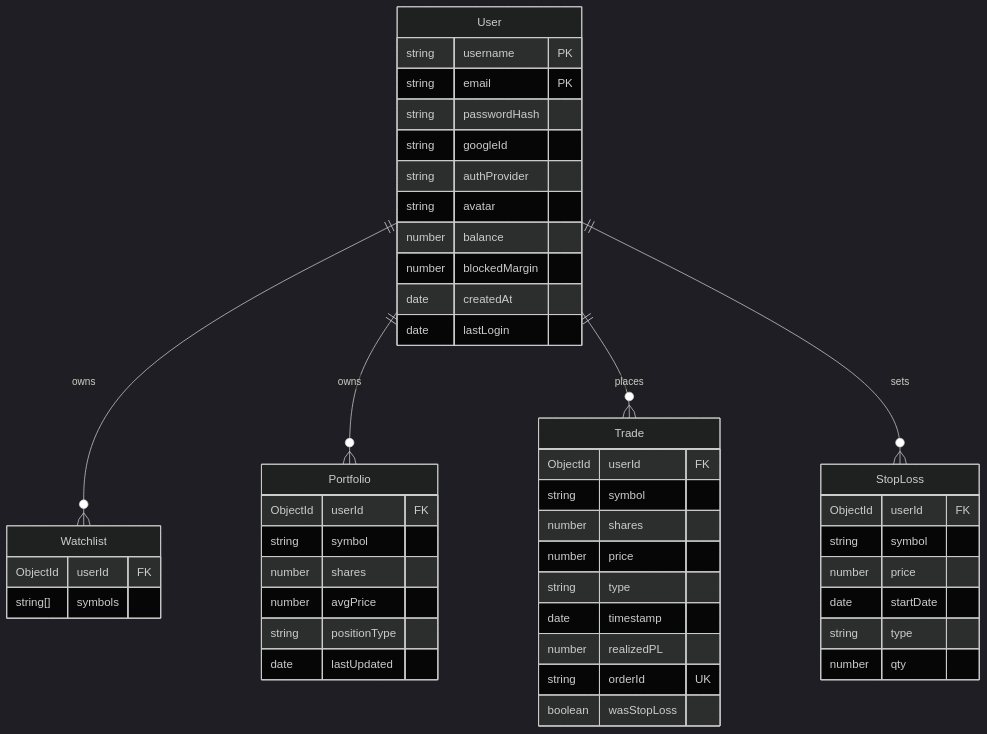
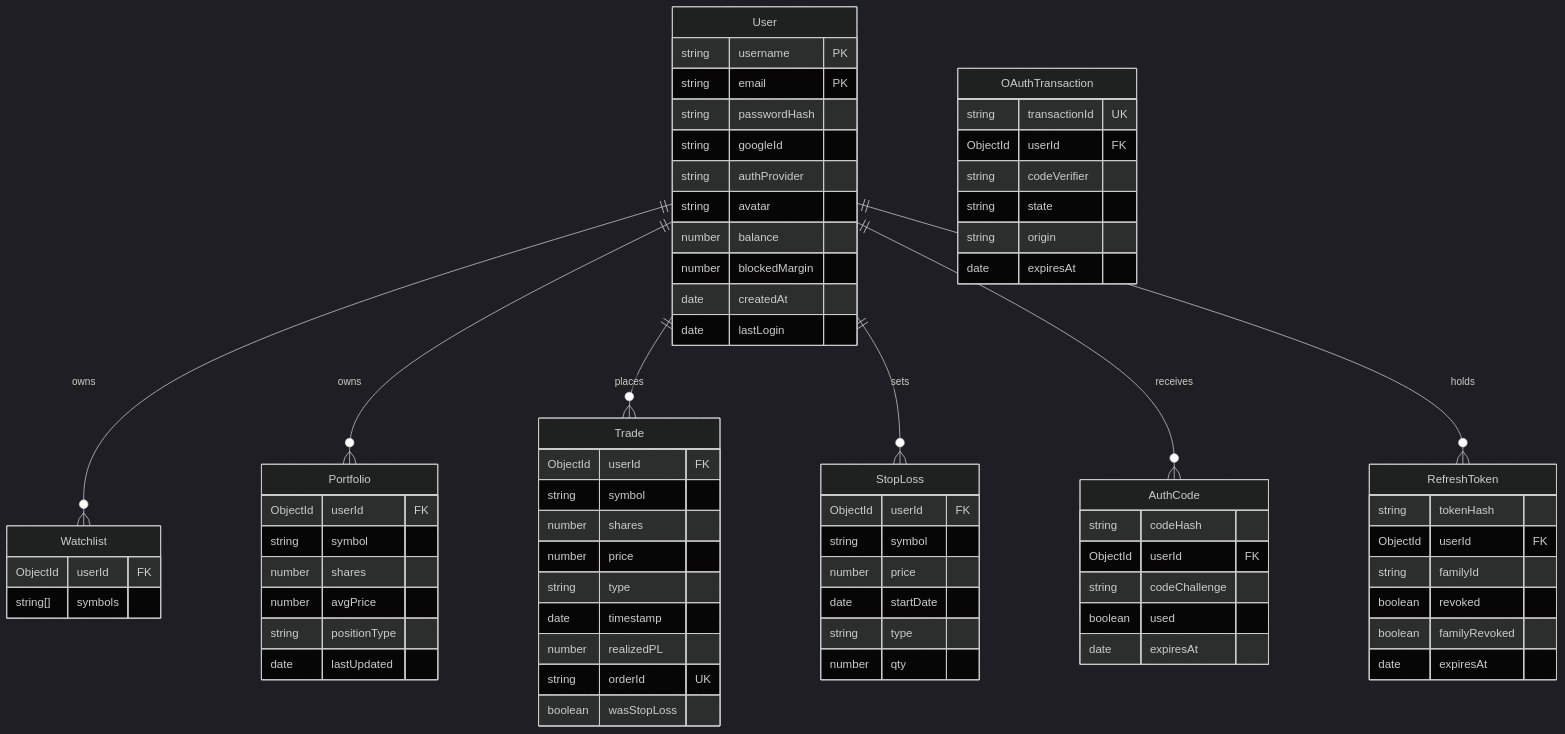
The diagram in docs/database.md (ArmaanAmoli/Paper-Trading-App), drawn with Mermaid (dark theme) before and after one commit. The commit also changed other lines of this file and 11 other files, not shown here.

````diff
--- a/docs/database.md
+++ b/docs/database.md
@@ -70,50 +109,75 @@
 ```mermaid
 erDiagram
     User ||--o{ Watchlist : owns
     User ||--o{ Portfolio : owns
     User ||--o{ Trade : places
     User ||--o{ StopLoss : sets
     User {
         string username PK
         string email PK
         string passwordHash
         string googleId
         string authProvider
         string avatar
         number balance
         number blockedMargin
         date createdAt
         date lastLogin
     }
     Watchlist {
         ObjectId userId FK
         string[] symbols
     }
     Portfolio {
         ObjectId userId FK
         string symbol
         number shares
         number avgPrice
         string positionType
         date lastUpdated
     }
     Trade {
         ObjectId userId FK
         string symbol
         number shares
         number price
         string type
         date timestamp
         number realizedPL
         string orderId UK
         boolean wasStopLoss
     }
     StopLoss {
         ObjectId userId FK
         string symbol
         number price
         date startDate
         string type
         number qty
     }
+    User ||--o{ AuthCode : "receives"
+    User ||--o{ RefreshToken : "holds"
+    AuthCode {
+        string codeHash
+        ObjectId userId FK
+        string codeChallenge
+        boolean used
+        date expiresAt
+    }
+    RefreshToken {
+        string tokenHash
+        ObjectId userId FK
+        string familyId
+        boolean revoked
+        boolean familyRevoked
+        date expiresAt
+    }
+    OAuthTransaction {
+        string transactionId UK
+        ObjectId userId FK
+        string codeVerifier
+        string state
+        string origin
+        date expiresAt
+    }
 ```
````
